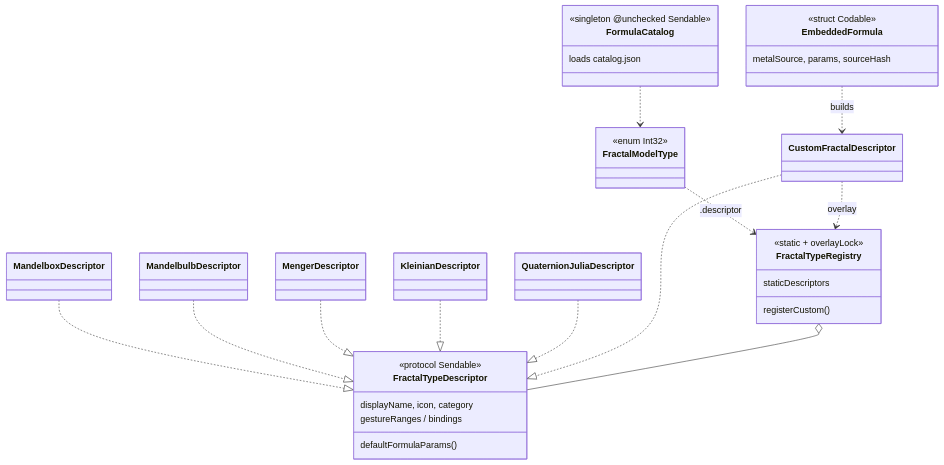
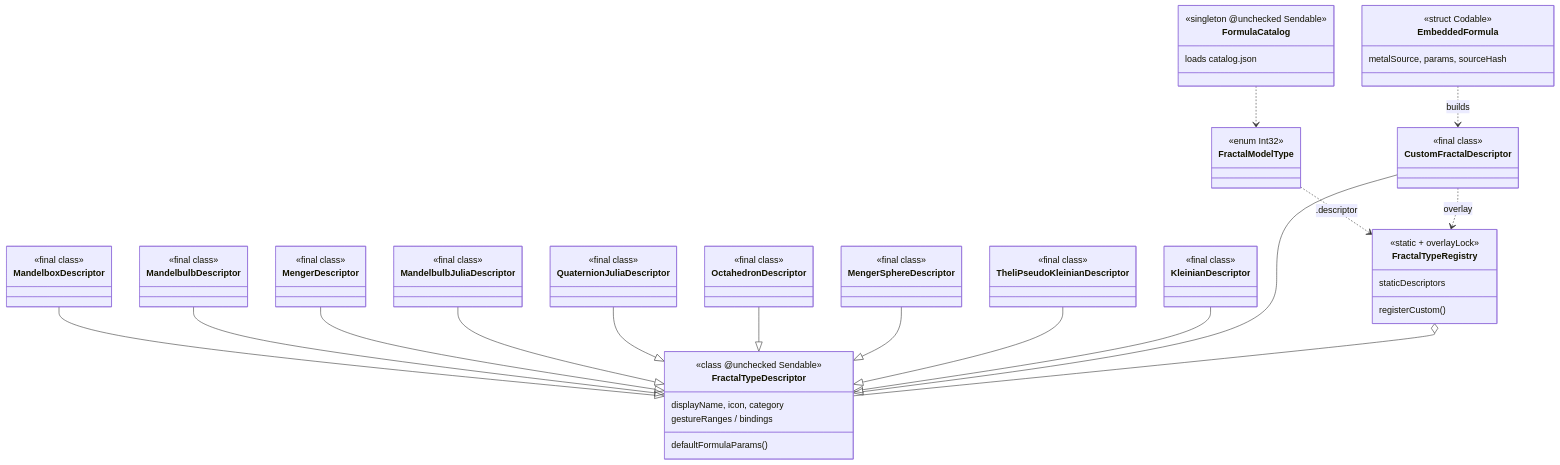
The seventh of 9 diagrams in Context/ARCHITECTURE_UML.md (Halopend/MetalRaymarch-main), drawn with Mermaid before and after one commit. The commit also changed other lines of this file and 16 other files, not shown here.

````diff
--- a/Context/ARCHITECTURE_UML.md
+++ b/Context/ARCHITECTURE_UML.md
@@ -276,45 +282,53 @@
 ```mermaid
 classDiagram
     direction TB
 
     class FractalTypeDescriptor {
-        <<protocol Sendable>>
+        <<class @unchecked Sendable>>
         displayName, icon, category
         defaultFormulaParams()
         gestureRanges / bindings
     }
     class FractalModelType { <<enum Int32>> }
     class FractalTypeRegistry {
         <<static + overlayLock>>
         staticDescriptors
         registerCustom()
     }
     class FormulaCatalog {
         <<singleton @unchecked Sendable>>
         loads catalog.json
     }
     class EmbeddedFormula {
         <<struct Codable>>
         metalSource, params, sourceHash
     }
 
-    class MandelboxDescriptor
-    class MandelbulbDescriptor
-    class MengerDescriptor
-    class KleinianDescriptor
-    class QuaternionJuliaDescriptor
-    class CustomFractalDescriptor
+    class MandelboxDescriptor { <<final class>> }
+    class MandelbulbDescriptor { <<final class>> }
+    class MengerDescriptor { <<final class>> }
+    class MandelbulbJuliaDescriptor { <<final class>> }
+    class QuaternionJuliaDescriptor { <<final class>> }
+    class OctahedronDescriptor { <<final class>> }
+    class MengerSphereDescriptor { <<final class>> }
+    class TheliPseudoKleinianDescriptor { <<final class>> }
+    class KleinianDescriptor { <<final class>> }
+    class CustomFractalDescriptor { <<final class>> }
 
-    MandelboxDescriptor ..|> FractalTypeDescriptor
-    MandelbulbDescriptor ..|> FractalTypeDescriptor
-    MengerDescriptor ..|> FractalTypeDescriptor
-    KleinianDescriptor ..|> FractalTypeDescriptor
-    QuaternionJuliaDescriptor ..|> FractalTypeDescriptor
-    CustomFractalDescriptor ..|> FractalTypeDescriptor
+    MandelboxDescriptor --|> FractalTypeDescriptor
+    MandelbulbDescriptor --|> FractalTypeDescriptor
+    MengerDescriptor --|> FractalTypeDescriptor
+    MandelbulbJuliaDescriptor --|> FractalTypeDescriptor
+    QuaternionJuliaDescriptor --|> FractalTypeDescriptor
+    OctahedronDescriptor --|> FractalTypeDescriptor
+    MengerSphereDescriptor --|> FractalTypeDescriptor
+    TheliPseudoKleinianDescriptor --|> FractalTypeDescriptor
+    KleinianDescriptor --|> FractalTypeDescriptor
+    CustomFractalDescriptor --|> FractalTypeDescriptor
 
     FractalTypeRegistry o-- FractalTypeDescriptor
     FractalModelType ..> FractalTypeRegistry : .descriptor
     EmbeddedFormula ..> CustomFractalDescriptor : builds
     CustomFractalDescriptor ..> FractalTypeRegistry : overlay
     FormulaCatalog ..> FractalModelType
 ```
````
